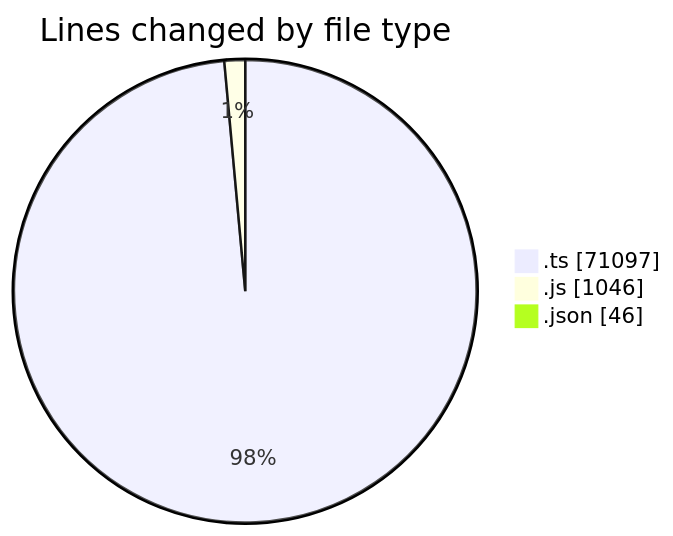
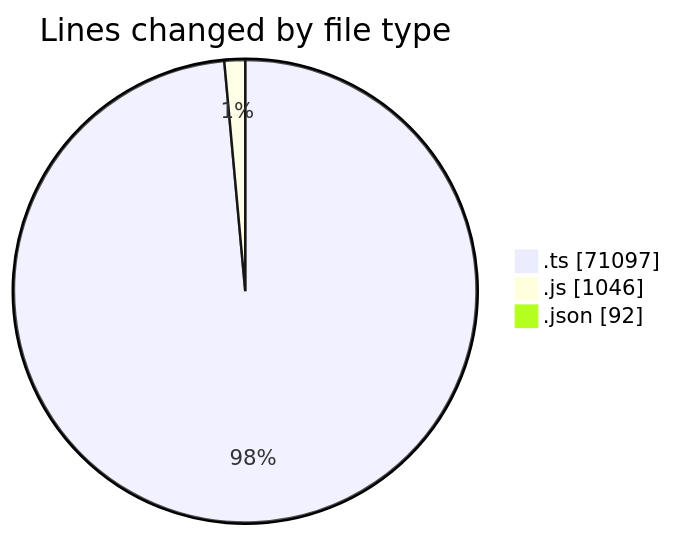
One commit to momahboobian/code-tracking changed the first of 2 diagrams in 2025-09-29/cda/README.md. Above: the diagram before and after it, drawn with Mermaid. The commit also changed other lines of this file and 1 other file, not shown here.

````diff
--- a/2025-09-29/cda/README.md
+++ b/2025-09-29/cda/README.md
@@ -30,7 +30,7 @@
 ```mermaid
 pie showData
 title Lines changed by file type
 ".ts" : 71097
 ".js" : 1046
-".json" : 46
+".json" : 92
 ```
````
